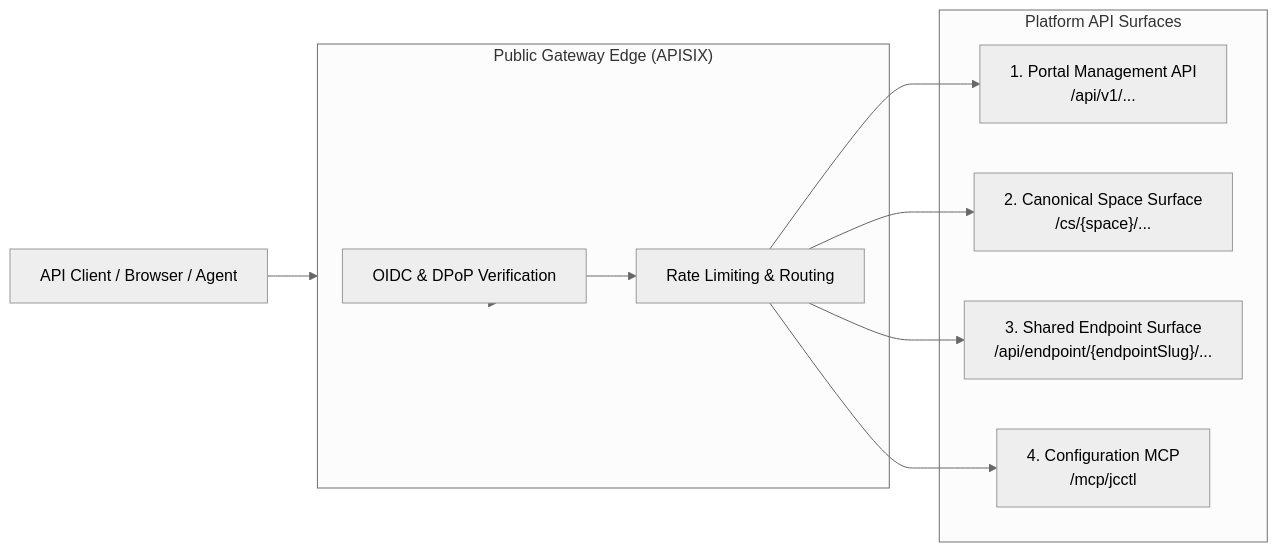
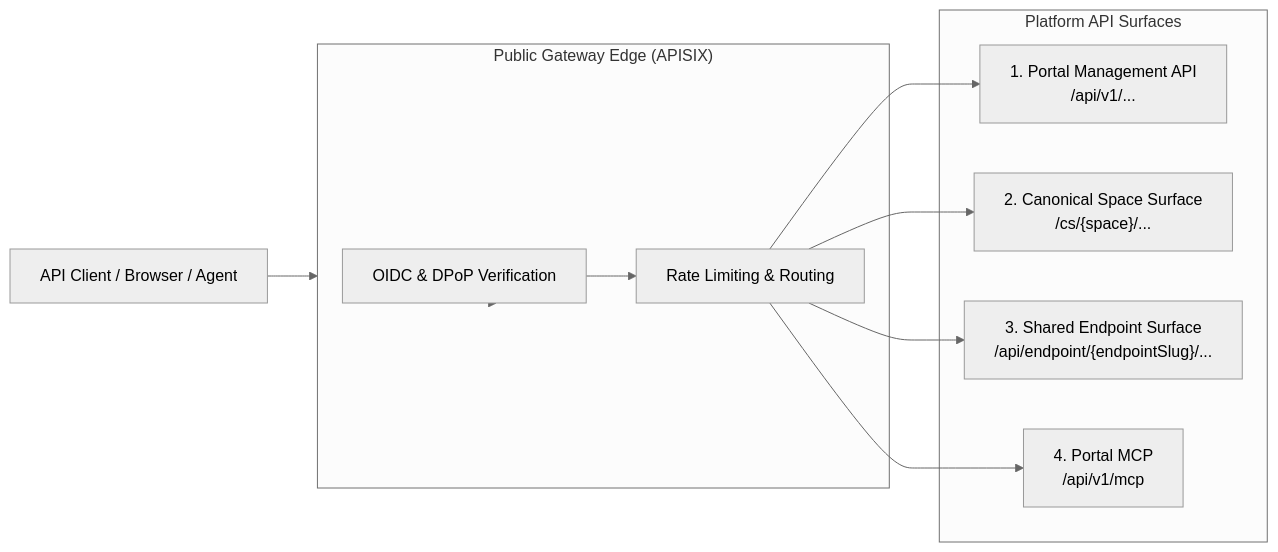
One commit to marek-mraz-jc/joinedcontext-docs changed the diagram in API/00-intro.md. Above: the diagram before and after it, drawn with Mermaid (neutral theme). The commit also changed other lines of this file and 1 other file, not shown here.

First line of the commit message:
T-2147 T-2152: API/00-intro and API/04-space-surface: what the code actually serves

````diff
--- a/API/00-intro.md
+++ b/API/00-intro.md
@@ -21,23 +21,23 @@
 ```mermaid
 flowchart LR
     CLIENT["API Client / Browser / Agent"]
     
     subgraph EDGE["Public Gateway Edge (APISIX)"]
         AUTH["OIDC & DPoP Verification"]
         RATE["Rate Limiting & Routing"]
     end
     
     subgraph SURFACES["Platform API Surfaces"]
         PORTAL["1. Portal Management API<br/>/api/v1/..."]
         SPACE["2. Canonical Space Surface<br/>/cs/{space}/..."]
         ENDPOINT["3. Shared Endpoint Surface<br/>/api/endpoint/{endpointSlug}/..."]
-        MCP_CFG["4. Configuration MCP<br/>/mcp/jcctl"]
+        MCP_SRV["4. Portal MCP<br/>/api/v1/mcp"]
     end
     
     CLIENT --> EDGE
     EDGE --> AUTH --> RATE
     RATE --> PORTAL
     RATE --> SPACE
     RATE --> ENDPOINT
-    RATE --> MCP_CFG
+    RATE --> MCP_SRV
 ```
````
